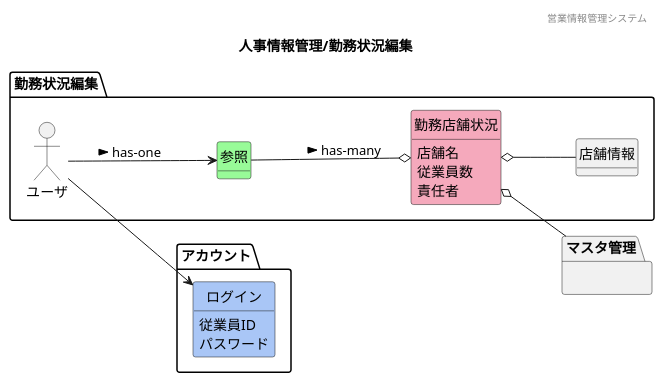
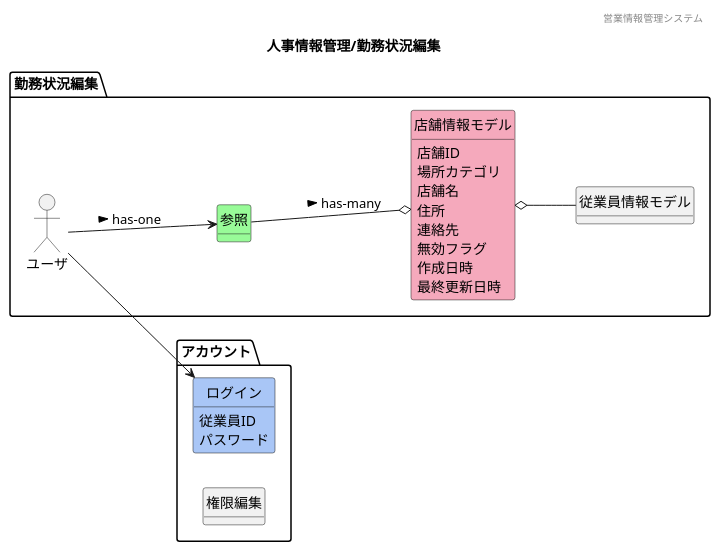
One commit to HaruShim/Sotuken changed the diagram in 各種設計書/1ドメインモデル図/人事情報管理/F14勤務状況編集.plantuml. Above: the diagram before and after it, drawn with PlantUML. The commit also changed 16 other files, not shown here.

```diff
--- a/各種設計書/1ドメインモデル図/人事情報管理/F14勤務状況編集.plantuml
+++ b/各種設計書/1ドメインモデル図/人事情報管理/F14勤務状況編集.plantuml
@@ -1,51 +1,50 @@
 @startuml images/人事情報管理/勤務状況編集
 ' ヘッダー
 header 営業情報管理システム
 ' タイトル
 title 人事情報管理/勤務状況編集
 ' 
 hide circle
 ' 
 hide method
 left to right direction
 
 package "アカウント"{
     class "ログイン" #A9C6F6
+    class "権限編集"
 }
 
 package "勤務状況編集" {
     'ユーザや外部システム
     mix_actor "ユーザ"
     class "参照" #98fb98
-    class "勤務店舗状況" #F5A9BC
-    class "店舗情報"
+    class "店舗情報モデル" #F5A9BC
+    class "従業員情報モデル"
 }
-    package "マスタ管理"{
-    }
-    ' class "" #F5A9BC
-    ' class "" #ffd700
+    ' package "マスタ管理"{
+    ' }
 
     'モデル同士の関係
     ユーザ --> 参照 : > has-one
     ユーザ --> ログイン
-    参照 --o 勤務店舗状況 : > has-many
-    勤務店舗状況 o-- 店舗情報
-    勤務店舗状況 o-- マスタ管理
+    参照 --o 店舗情報モデル : > has-many
+    店舗情報モデル o-- 従業員情報モデル
+    ' 店舗情報モデル o-- マスタ管理
 
     'ドメインクラスの属性
-    ' 店舗情報 : 店舗名
-    ' 店舗情報 : 住所
-    ' 店舗情報 : 連絡先
-    ' 店舗情報 : 店長
-    ' 店舗情報 : 主な従業員
-    勤務店舗状況 : 店舗名
-    勤務店舗状況 : 従業員数
-    勤務店舗状況 : 責任者
+    店舗情報モデル : 店舗ID
+    店舗情報モデル : 場所カテゴリ
+    店舗情報モデル : 店舗名
+    店舗情報モデル : 住所
+    店舗情報モデル : 連絡先
+    店舗情報モデル : 無効フラグ
+    店舗情報モデル : 作成日時
+    店舗情報モデル : 最終更新日時
     ログイン : 従業員ID
     ログイン : パスワード
 
 
 
 
 
 @enduml
```
